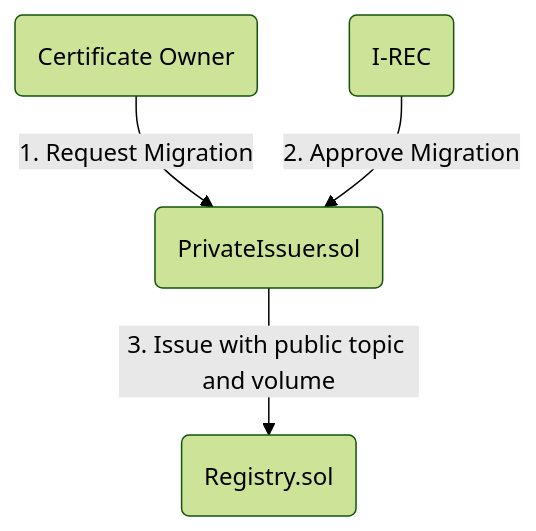
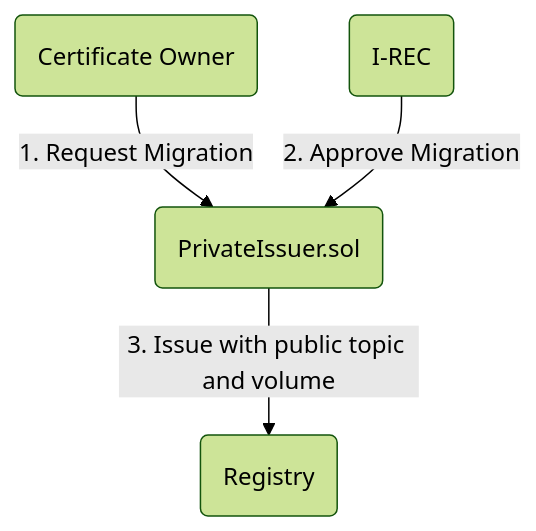
One commit to energywebfoundation/origin changed the second of 5 diagrams in packages/issuer/README.md. Above: the diagram before and after it, drawn with Mermaid (forest theme). The commit also changed other lines of this file and 2 other files, not shown here.

Commit message:
chore(issuer): private<->public volume transfers

````diff
--- a/packages/issuer/README.md
+++ b/packages/issuer/README.md
@@ -29,6 +29,6 @@
 ```mermaid
 graph TD;
     A(Certificate Owner) -->|1. Request Migration| P(PrivateIssuer.sol)
     I(I-REC) -->|2. Approve Migration| P
-    P-->|3. Issue with public topic and volume| R(Registry.sol)
+    P-->|3. Issue with public topic and volume| R(Registry)
 ```
````
